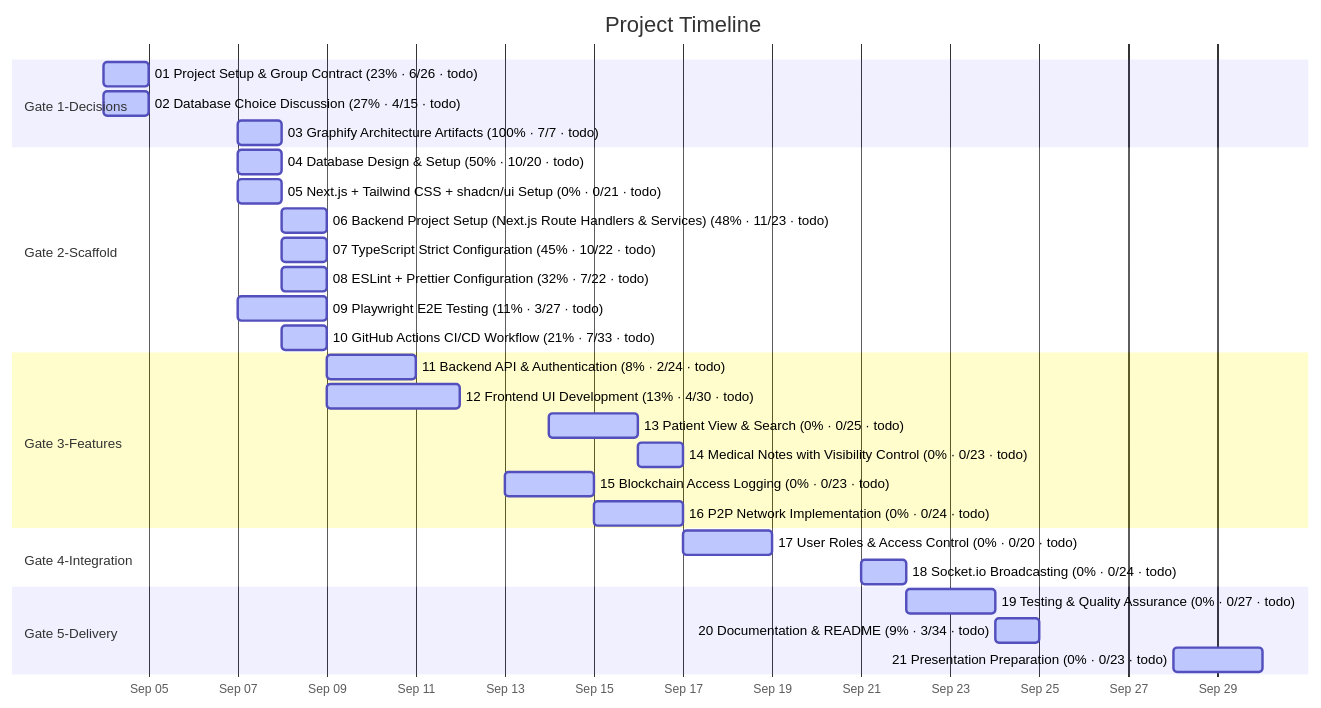
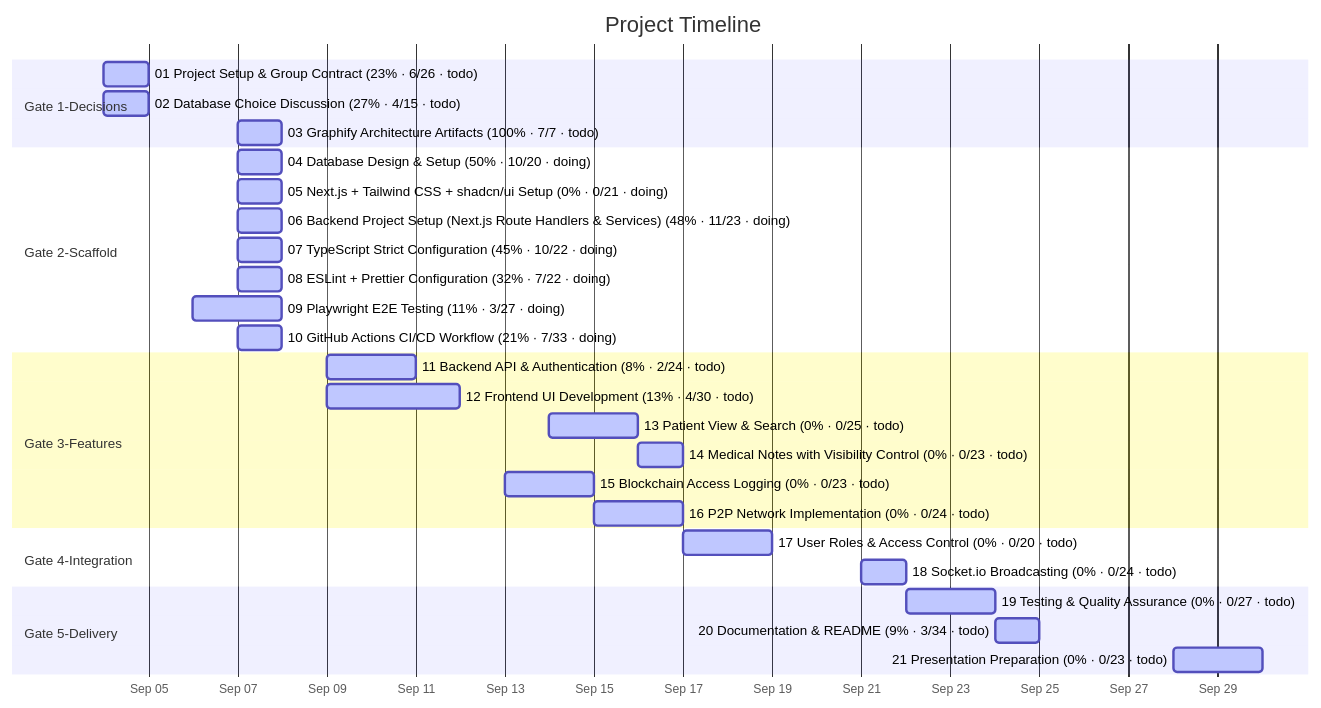
One commit to matdevstamp/inl-3-awesome-journal changed the diagram in docs/diagrams/task-gantt.md. Above: the diagram before and after it, drawn with Mermaid. The commit also changed 9 other files, not shown here.

Commit message:
docs: mark Gate 2 tasks in review and regenerate plan diagrams

````diff
--- a/docs/diagrams/task-gantt.md
+++ b/docs/diagrams/task-gantt.md
@@ -25,33 +25,33 @@
 ```mermaid
 gantt
     title Project Timeline
     dateFormat  YYYY-MM-DD
     axisFormat  %b %d
 
     section Gate 1-Decisions
     01 Project Setup & Group Contract (23% · 6/26 · todo) : active, 2026-09-04, 1d
     02 Database Choice Discussion (27% · 4/15 · todo) : active, 2026-09-04, 1d
     03 Graphify Architecture Artifacts (100% · 7/7 · todo) : active, 2026-09-07, 1d
     section Gate 2-Scaffold
-    04 Database Design & Setup (50% · 10/20 · todo) : active, 2026-09-07, 1d
-    05 Next.js + Tailwind CSS + shadcn/ui Setup (0% · 0/21 · todo) : active, 2026-09-07, 1d
-    06 Backend Project Setup (Next.js Route Handlers & Services) (48% · 11/23 · todo) : active, 2026-09-08, 1d
-    07 TypeScript Strict Configuration (45% · 10/22 · todo) : active, 2026-09-08, 1d
-    08 ESLint + Prettier Configuration (32% · 7/22 · todo) : active, 2026-09-08, 1d
-    09 Playwright E2E Testing (11% · 3/27 · todo) : active, 2026-09-07, 2d
-    10 GitHub Actions CI/CD Workflow (21% · 7/33 · todo) : active, 2026-09-08, 1d
+    04 Database Design & Setup (50% · 10/20 · doing) : active, 2026-09-07, 1d
+    05 Next.js + Tailwind CSS + shadcn/ui Setup (0% · 0/21 · doing) : active, 2026-09-07, 1d
+    06 Backend Project Setup (Next.js Route Handlers & Services) (48% · 11/23 · doing) : active, 2026-09-07, 1d
+    07 TypeScript Strict Configuration (45% · 10/22 · doing) : active, 2026-09-07, 1d
+    08 ESLint + Prettier Configuration (32% · 7/22 · doing) : active, 2026-09-07, 1d
+    09 Playwright E2E Testing (11% · 3/27 · doing) : active, 2026-09-06, 2d
+    10 GitHub Actions CI/CD Workflow (21% · 7/33 · doing) : active, 2026-09-07, 1d
     section Gate 3-Features
     11 Backend API & Authentication (8% · 2/24 · todo) : active, 2026-09-09, 2d
     12 Frontend UI Development (13% · 4/30 · todo) : active, 2026-09-09, 3d
     13 Patient View & Search (0% · 0/25 · todo) : active, 2026-09-14, 2d
     14 Medical Notes with Visibility Control (0% · 0/23 · todo) : active, 2026-09-16, 1d
     15 Blockchain Access Logging (0% · 0/23 · todo) : active, 2026-09-13, 2d
     16 P2P Network Implementation (0% · 0/24 · todo) : active, 2026-09-15, 2d
     section Gate 4-Integration
     17 User Roles & Access Control (0% · 0/20 · todo) : active, 2026-09-17, 2d
     18 Socket.io Broadcasting (0% · 0/24 · todo) : active, 2026-09-21, 1d
     section Gate 5-Delivery
     19 Testing & Quality Assurance (0% · 0/27 · todo) : active, 2026-09-22, 2d
     20 Documentation & README (9% · 3/34 · todo) : active, 2026-09-24, 1d
     21 Presentation Preparation (0% · 0/23 · todo) : active, 2026-09-28, 2d
 ```
````
